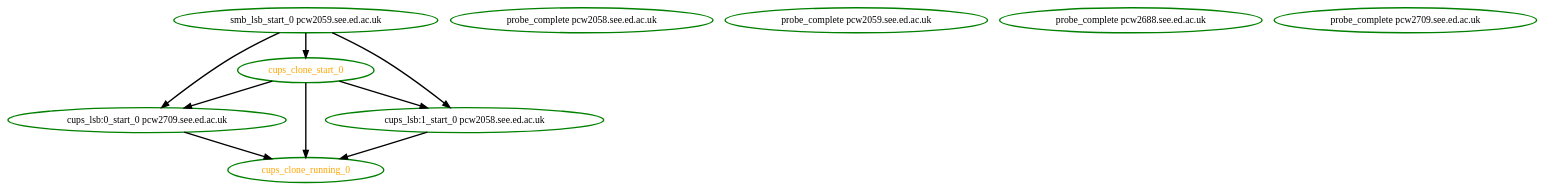
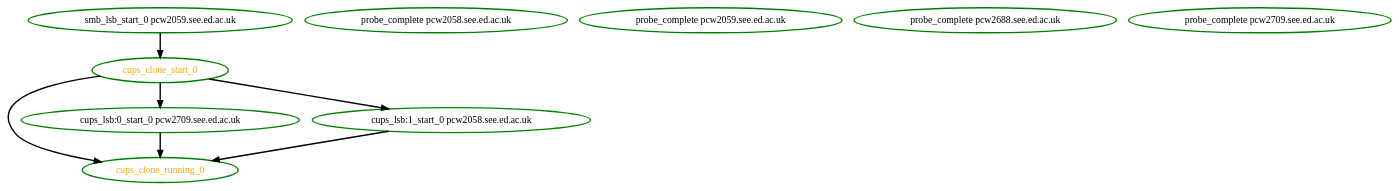
One commit to ClusterLabs/pacemaker changed the diagram in pengine/test10/clone-order-primitive.dot. Above: the diagram before and after it, drawn with Graphviz. The commit also changed 115 other files, not shown here.

```diff
--- a/pengine/test10/clone-order-primitive.dot
+++ b/pengine/test10/clone-order-primitive.dot
@@ -1,19 +1,17 @@
 digraph "g" {
 "cups_clone_running_0" [ style=bold color="green" fontcolor="orange"  ]
 "cups_clone_start_0" -> "cups_clone_running_0" [ style = bold]
 "cups_clone_start_0" -> "cups_lsb:0_start_0 pcw2709.see.ed.ac.uk" [ style = bold]
 "cups_clone_start_0" -> "cups_lsb:1_start_0 pcw2058.see.ed.ac.uk" [ style = bold]
 "cups_clone_start_0" [ style=bold color="green" fontcolor="orange"  ]
 "cups_lsb:0_start_0 pcw2709.see.ed.ac.uk" -> "cups_clone_running_0" [ style = bold]
 "cups_lsb:0_start_0 pcw2709.see.ed.ac.uk" [ style=bold color="green" fontcolor="black"  ]
 "cups_lsb:1_start_0 pcw2058.see.ed.ac.uk" -> "cups_clone_running_0" [ style = bold]
 "cups_lsb:1_start_0 pcw2058.see.ed.ac.uk" [ style=bold color="green" fontcolor="black"  ]
 "probe_complete pcw2058.see.ed.ac.uk" [ style=bold color="green" fontcolor="black"  ]
 "probe_complete pcw2059.see.ed.ac.uk" [ style=bold color="green" fontcolor="black"  ]
 "probe_complete pcw2688.see.ed.ac.uk" [ style=bold color="green" fontcolor="black"  ]
 "probe_complete pcw2709.see.ed.ac.uk" [ style=bold color="green" fontcolor="black"  ]
 "smb_lsb_start_0 pcw2059.see.ed.ac.uk" -> "cups_clone_start_0" [ style = bold]
-"smb_lsb_start_0 pcw2059.see.ed.ac.uk" -> "cups_lsb:0_start_0 pcw2709.see.ed.ac.uk" [ style = bold]
-"smb_lsb_start_0 pcw2059.see.ed.ac.uk" -> "cups_lsb:1_start_0 pcw2058.see.ed.ac.uk" [ style = bold]
 "smb_lsb_start_0 pcw2059.see.ed.ac.uk" [ style=bold color="green" fontcolor="black"  ]
 }
```
